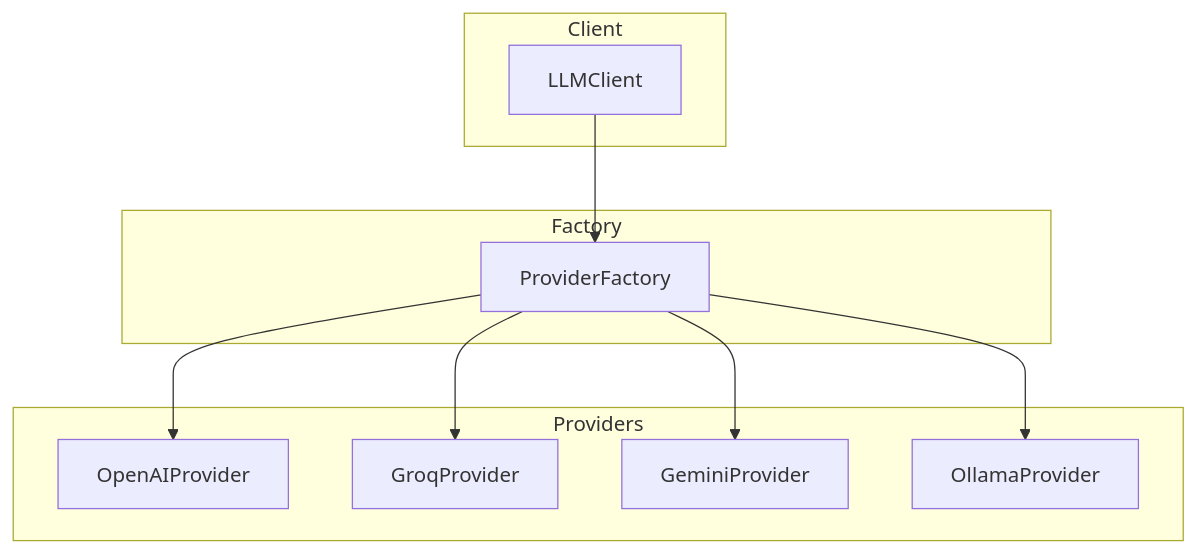
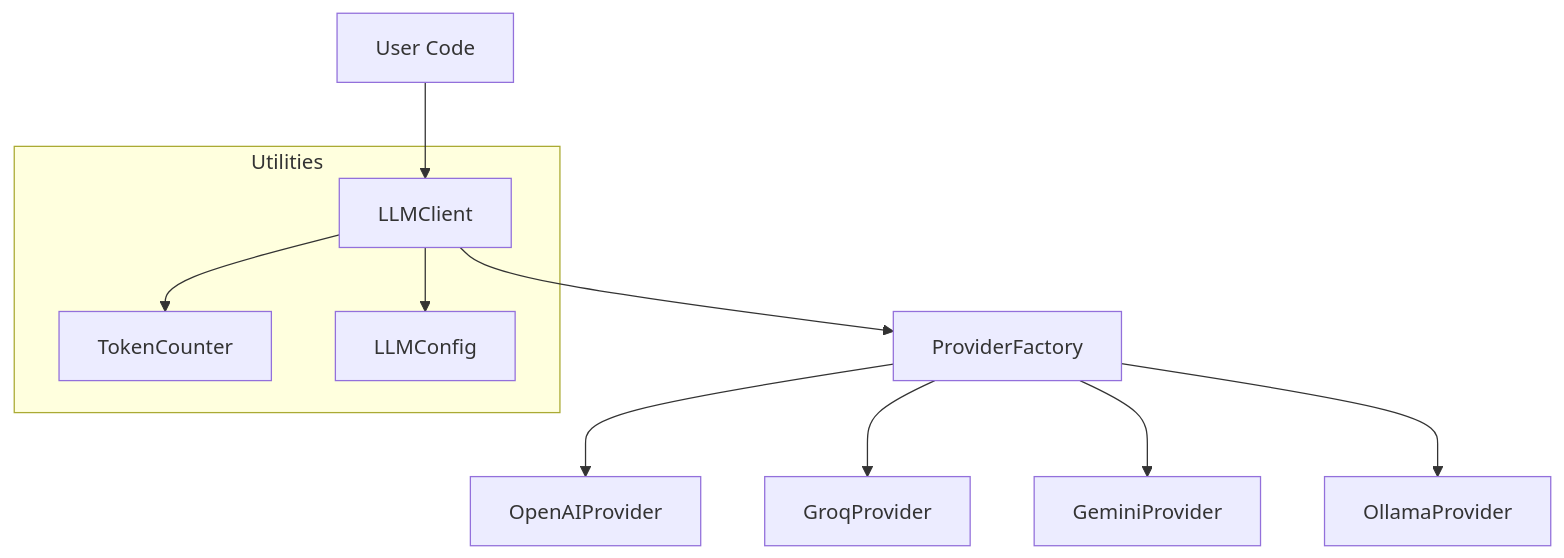
Before and after one commit to dgaida/llm_client: the diagram in docs/en/architecture/index.md, drawn with Mermaid. The commit also changed other lines of this file and 17 other files, not shown here.

````diff
--- a/docs/en/architecture/index.md
+++ b/docs/en/architecture/index.md
@@ -9,23 +7,14 @@
 ```mermaid
 graph TD
-    subgraph Client
-        LLM[LLMClient]
+    User[User Code] --> Client[LLMClient]
+    Client --> Factory[ProviderFactory]
+    Factory --> P1[OpenAIProvider]
+    Factory --> P2[GroqProvider]
+    Factory --> P3[GeminiProvider]
+    Factory --> P4[OllamaProvider]
+
+    subgraph "Utilities"
+        Client --> Token[TokenCounter]
+        Client --> Config[LLMConfig]
     end
-
-    subgraph Factory
-        PF[ProviderFactory]
-    end
-
-    subgraph Providers
-        OP[OpenAIProvider]
-        GP[GroqProvider]
-        GE[GeminiProvider]
-        OL[OllamaProvider]
-    end
-
-    LLM --> PF
-    PF --> OP
-    PF --> GP
-    PF --> GE
-    PF --> OL
 ```
````
